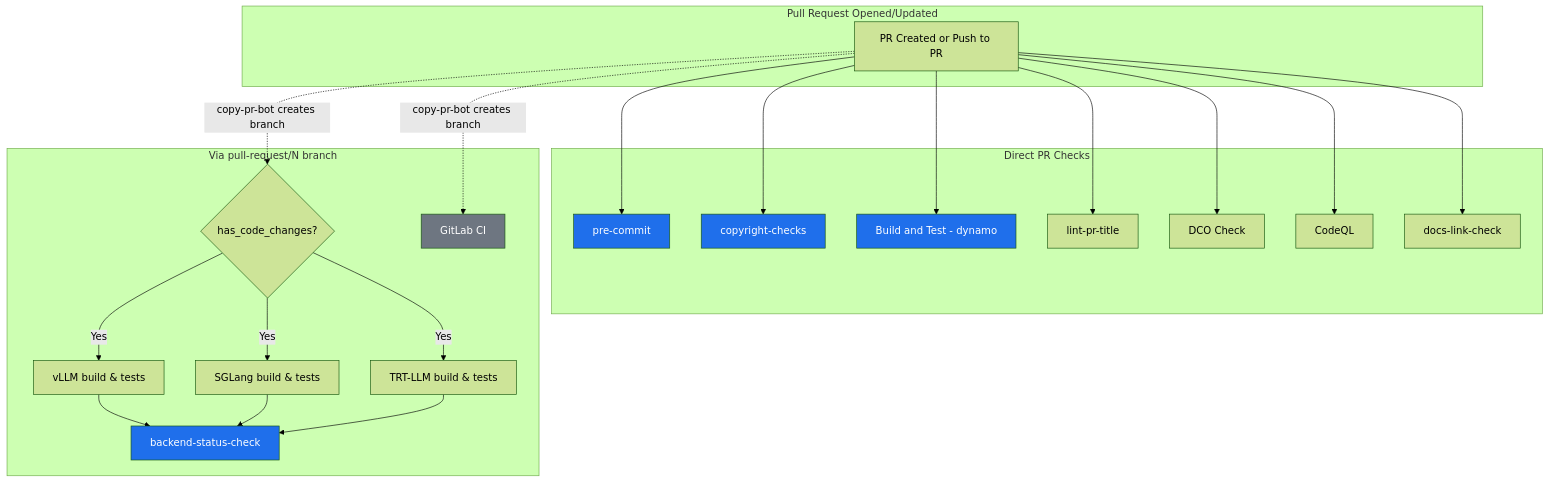
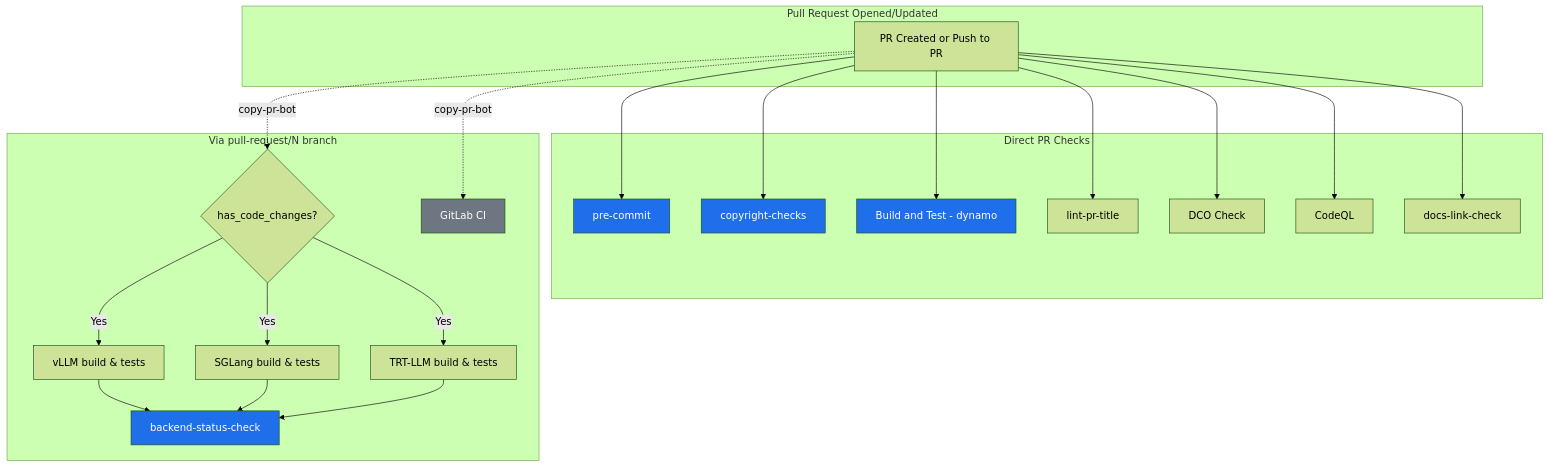
Before and after one commit to ai-dynamo/dynamo: the second of 5 diagrams in .github/PR_WORKFLOW.md, drawn with Mermaid (forest theme). The commit also changed other lines of this file and 1 other file, not shown here.

````diff
--- a/.github/PR_WORKFLOW.md
+++ b/.github/PR_WORKFLOW.md
@@ -18,36 +31,36 @@
 ```mermaid
 flowchart TD
     subgraph PR["Pull Request Opened/Updated"]
         A[PR Created or Push to PR]
     end
 
     subgraph Direct["Direct PR Checks"]
         B[pre-commit]
         C[copyright-checks]
         I[Build and Test - dynamo]
         D[lint-pr-title]
         E[DCO Check]
         F[CodeQL]
         G[docs-link-check]
     end
 
     subgraph CopyPR["Via pull-request/N branch"]
         H{has_code_changes?}
         J[vLLM build & tests]
         K[SGLang build & tests]
         L[TRT-LLM build & tests]
         M[backend-status-check]
         N[GitLab CI]
     end
 
     A --> B & C & I & D & E & F & G
-    A -.->|copy-pr-bot creates branch| H & N
+    A -.->|copy-pr-bot| H & N
     H -->|Yes| J & K & L
     J & K & L --> M
 
     style B fill:#1f6feb,color:#fff
     style C fill:#1f6feb,color:#fff
     style I fill:#1f6feb,color:#fff
     style M fill:#1f6feb,color:#fff
     style N fill:#6e7681,color:#fff
 ```
````
